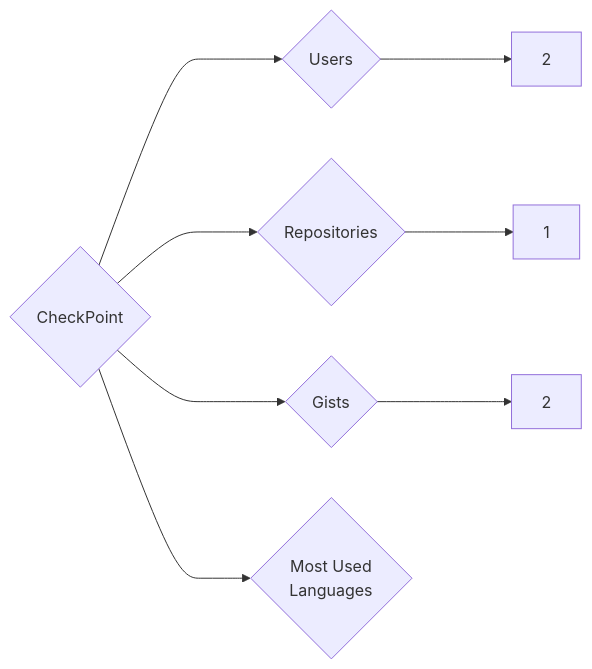
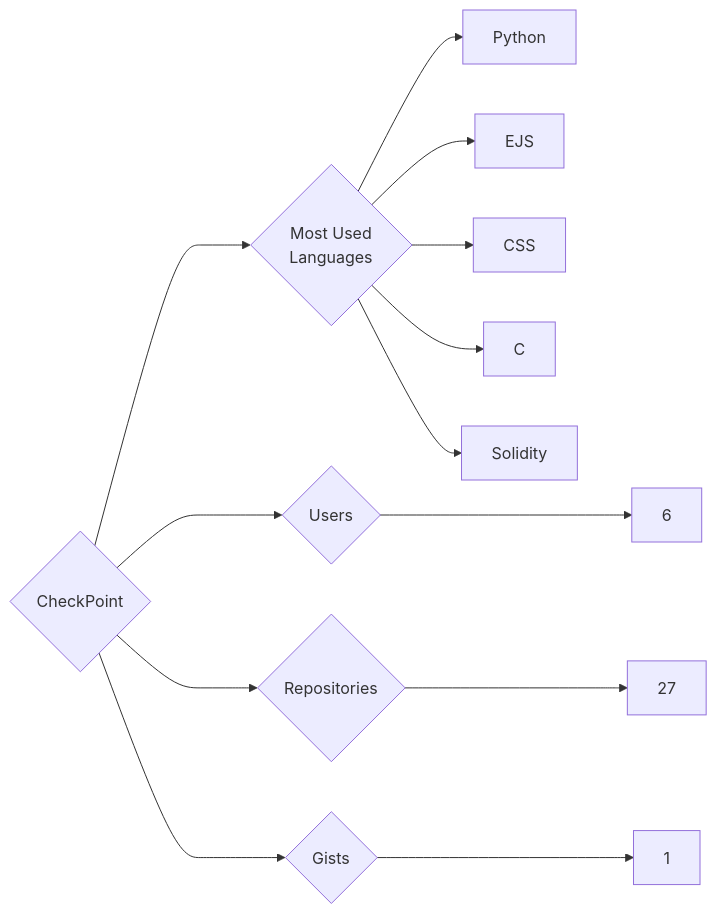
One commit to trickest/insiders changed the diagram in targets/CheckPoint/README.md. Above: the diagram before and after it, drawn with Mermaid. The commit also changed 610 other files, not shown here.

````diff
--- a/targets/CheckPoint/README.md
+++ b/targets/CheckPoint/README.md
@@ -3,8 +3,13 @@
 ```mermaid
 graph LR
 COMPANY_NAME{CheckPoint}
-COMPANY_NAME ---> U{Users} ---> UN[2]
-COMPANY_NAME ---> R{Repositories} ---> RN[1]
-COMPANY_NAME ---> G{Gists} ---> GN[2]
+COMPANY_NAME ---> U{Users} ---> UN[6]
+COMPANY_NAME ---> R{Repositories} ---> RN[27]
+COMPANY_NAME ---> G{Gists} ---> GN[1]
 COMPANY_NAME ---> ML{Most Used<br>Languages}
+ML --> Python[Python]
+ML --> EJS[EJS]
+ML --> CSS[CSS]
+ML --> C[C]
+ML --> Solidity[Solidity]
 ```
````
